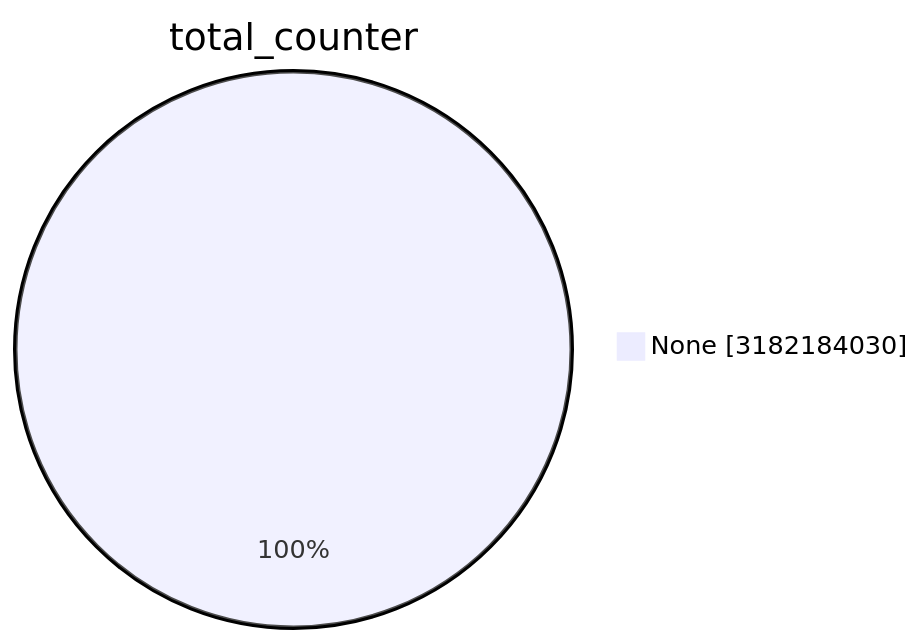
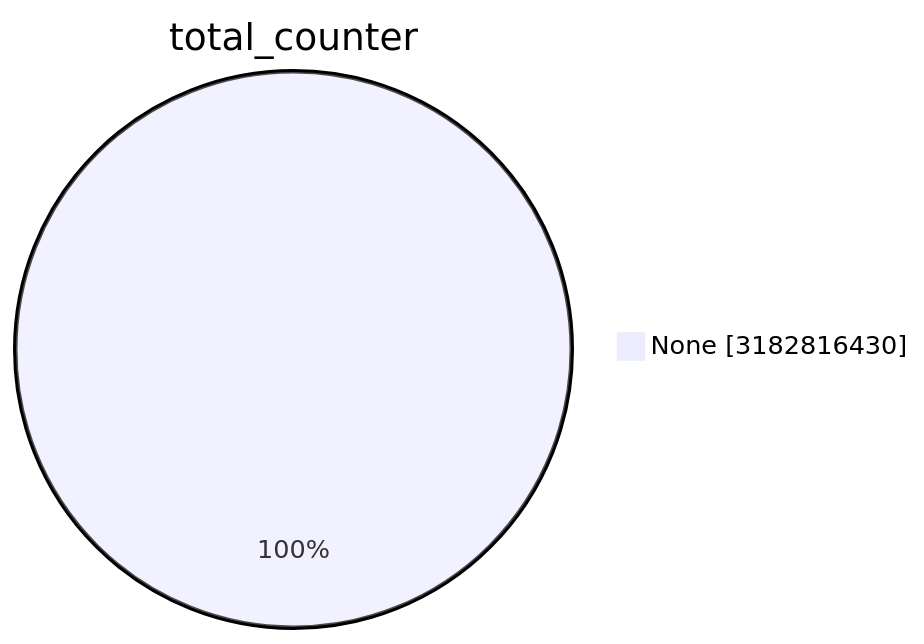
One commit to christiankrug/ctmonitor_visualization changed the first of 15 diagrams in TOTAL/README.md. Above: the diagram before and after it, drawn with Mermaid. The commit also changed other lines of this file, not shown here.

````diff
--- a/TOTAL/README.md
+++ b/TOTAL/README.md
@@ -1,5 +1,5 @@
 ```mermaid
 pie showData
 title total_counter
-"None" :3182184030
+"None" :3182816430
 ```
````
